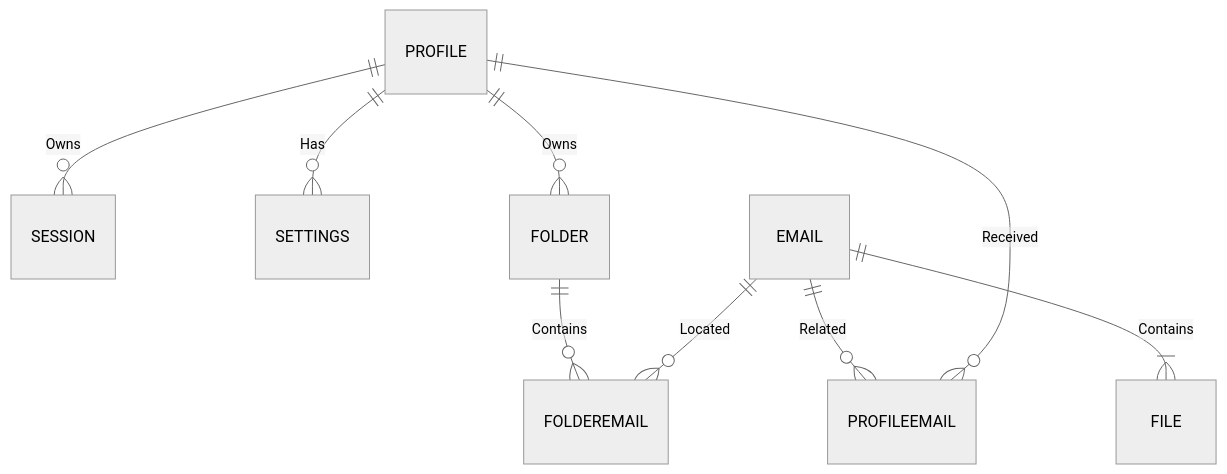
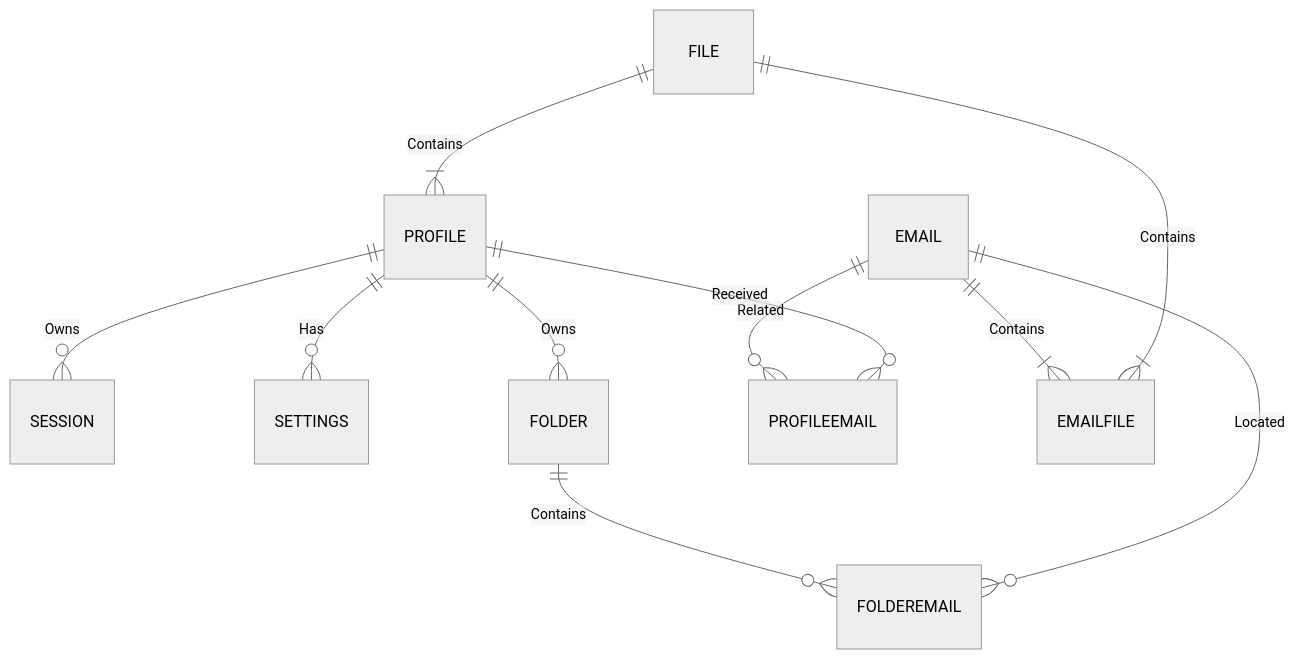
Before and after one commit to go-park-mail-ru/2024_1_Refugio: the first of 2 diagrams in db/normalized/relations.md, drawn with Mermaid (neutral theme). The commit also changed other lines of this file and 1 other file, not shown here.

````diff
--- a/db/normalized/relations.md
+++ b/db/normalized/relations.md
@@ -64,11 +68,13 @@
 ```mermaid
 erDiagram
     PROFILE ||--o{ SESSION : "Owns"
     PROFILE ||--o{ SETTINGS : "Has"
     PROFILE ||--o{ FOLDER : "Owns"
     FOLDER ||--o{ FOLDEREMAIL : "Contains"
     EMAIL ||--o{ FOLDEREMAIL : "Located"
     EMAIL ||--o{ PROFILEEMAIL : "Related"
     PROFILE ||--o{ PROFILEEMAIL : "Received"
-    EMAIL ||--|{ FILE : "Contains"
+    EMAIL ||--|{ EMAILFILE : "Contains"
+    FILE ||--|{ EMAILFILE : "Contains"
+    FILE ||--|{ PROFILE : "Contains"
 ```
````
